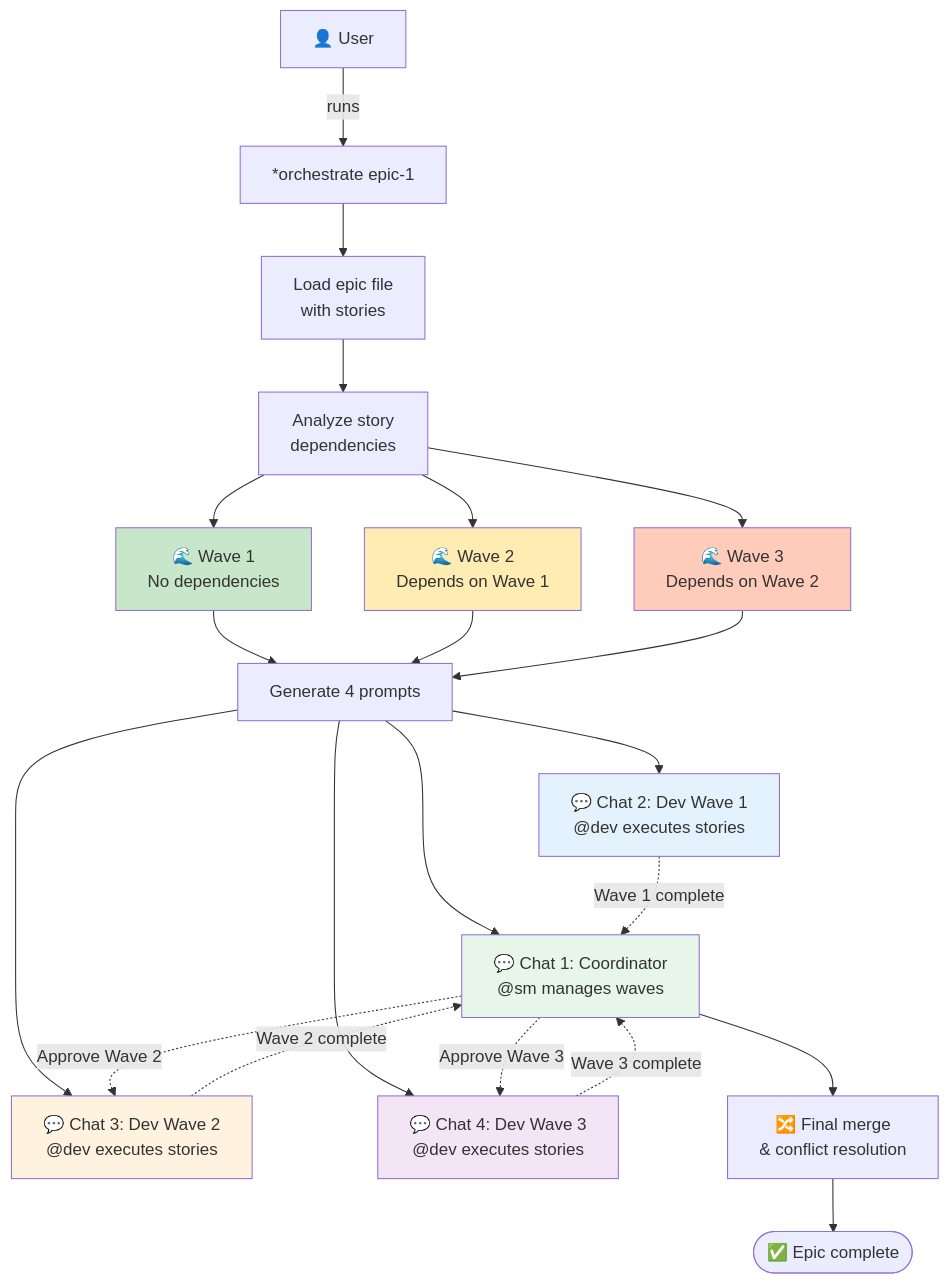
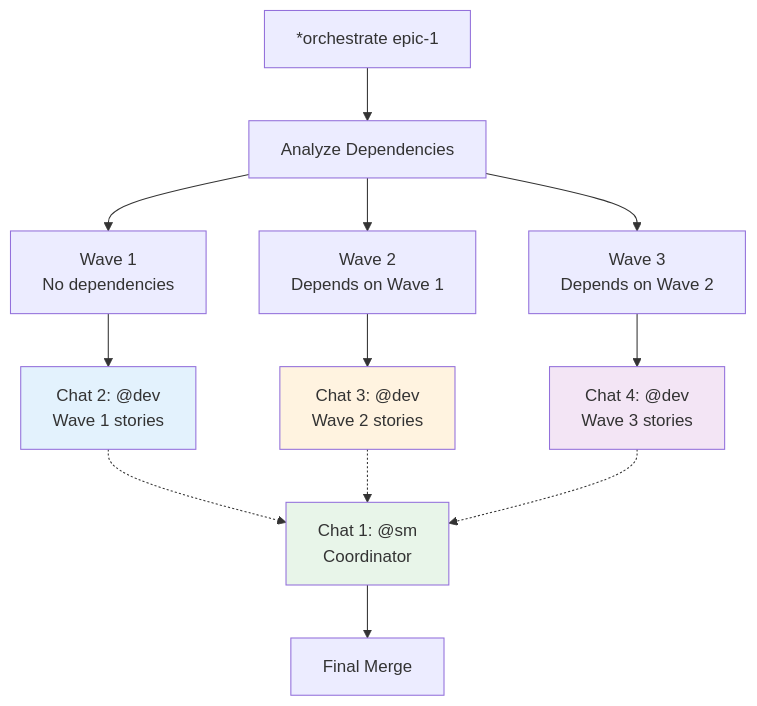
Before and after one commit to SynkraAI/aios-core: the third of 3 diagrams in squads/navigator/README.md, drawn with Mermaid. The commit also changed other lines of this file and 3 other files, not shown here.

````diff
--- a/squads/navigator/README.md
+++ b/squads/navigator/README.md
@@ -347,37 +292,23 @@
 ```mermaid
 graph TB
-    User[👤 User] -->|runs| Orchestrate[*orchestrate epic-1]
+    Orchestrate[*orchestrate epic-1] --> Analyze[Analyze Dependencies]
 
-    Orchestrate --> LoadEpic[Load epic file<br/>with stories]
-    LoadEpic --> AnalyzeDeps[Analyze story<br/>dependencies]
+    Analyze --> W1[Wave 1<br/>No dependencies]
+    Analyze --> W2[Wave 2<br/>Depends on Wave 1]
+    Analyze --> W3[Wave 3<br/>Depends on Wave 2]
 
-    AnalyzeDeps --> Wave1[🌊 Wave 1<br/>No dependencies]
-    AnalyzeDeps --> Wave2[🌊 Wave 2<br/>Depends on Wave 1]
-    AnalyzeDeps --> Wave3[🌊 Wave 3<br/>Depends on Wave 2]
+    W1 --> Chat2[Chat 2: @dev<br/>Wave 1 stories]
+    W2 --> Chat3[Chat 3: @dev<br/>Wave 2 stories]
+    W3 --> Chat4[Chat 4: @dev<br/>Wave 3 stories]
 
-    Wave1 --> GenPrompts[Generate 4 prompts]
-    Wave2 --> GenPrompts
-    Wave3 --> GenPrompts
+    Chat2 -.-> Chat1[Chat 1: @sm<br/>Coordinator]
+    Chat3 -.-> Chat1
+    Chat4 -.-> Chat1
 
-    GenPrompts --> Chat1[💬 Chat 1: Coordinator<br/>@sm manages waves]
-    GenPrompts --> Chat2[💬 Chat 2: Dev Wave 1<br/>@dev executes stories]
-    GenPrompts --> Chat3[💬 Chat 3: Dev Wave 2<br/>@dev executes stories]
-    GenPrompts --> Chat4[💬 Chat 4: Dev Wave 3<br/>@dev executes stories]
-
-    Chat2 -.->|Wave 1 complete| Chat1
-    Chat1 -.->|Approve Wave 2| Chat3
-    Chat3 -.->|Wave 2 complete| Chat1
-    Chat1 -.->|Approve Wave 3| Chat4
-    Chat4 -.->|Wave 3 complete| Chat1
-
-    Chat1 --> FinalMerge[🔀 Final merge<br/>& conflict resolution]
-    FinalMerge --> Complete([✅ Epic complete])
+    Chat1 --> Merge[Final Merge]
 
     style Chat1 fill:#E8F5E9
     style Chat2 fill:#E3F2FD
     style Chat3 fill:#FFF3E0
     style Chat4 fill:#F3E5F5
-    style Wave1 fill:#C8E6C9
-    style Wave2 fill:#FFECB3
-    style Wave3 fill:#FFCCBC
 ```
````
